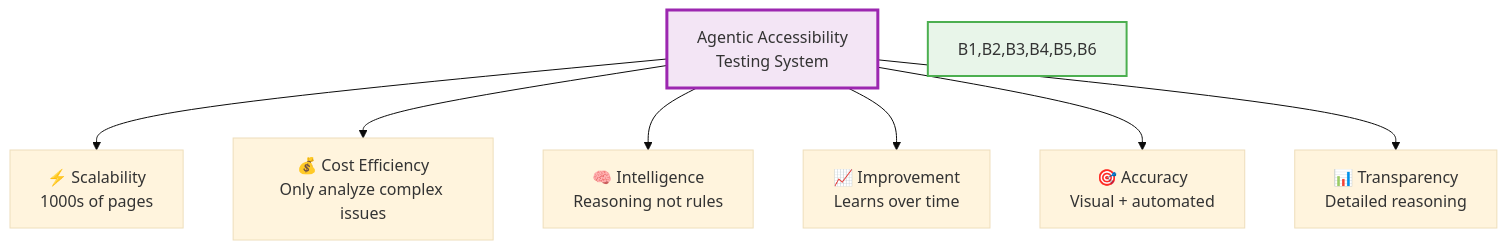
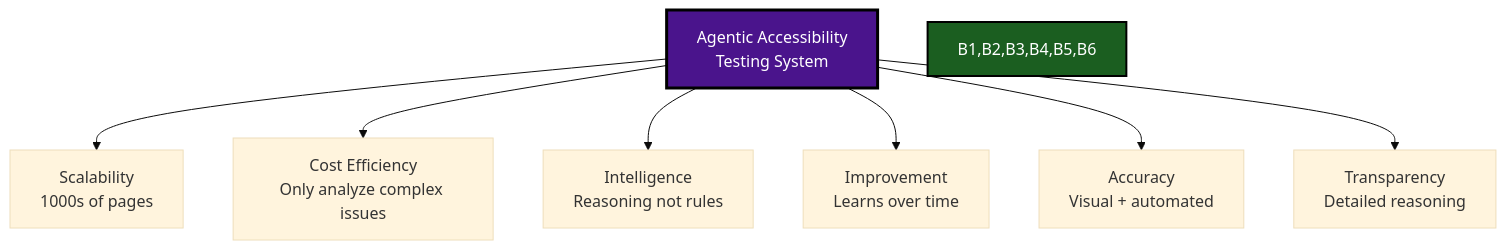
Before and after one commit to NaomiVK/agentic_accessibility_checker: the third of 3 diagrams in WORKFLOW-DIAGRAM.md, drawn with Mermaid (base theme). The commit also changed other lines of this file and 8 other files, not shown here.

Commit message:
updated jest, removed some test files, comprensive flow of wf, diagram of workflow

````diff
--- a/WORKFLOW-DIAGRAM.md
+++ b/WORKFLOW-DIAGRAM.md
@@ -149,12 +135,12 @@
 ```mermaid
 graph TD
-    System["Agentic Accessibility<br/>Testing System"] --> B1["⚡ Scalability<br/>1000s of pages"]
-    System --> B2["💰 Cost Efficiency<br/>Only analyze complex issues"]
-    System --> B3["🧠 Intelligence<br/>Reasoning not rules"]
-    System --> B4["📈 Improvement<br/>Learns over time"]
-    System --> B5["🎯 Accuracy<br/>Visual + automated"]
-    System --> B6["📊 Transparency<br/>Detailed reasoning"]
+    System["Agentic Accessibility<br/>Testing System"] --> B1["Scalability<br/>1000s of pages"]
+    System --> B2["Cost Efficiency<br/>Only analyze complex issues"]
+    System --> B3["Intelligence<br/>Reasoning not rules"]
+    System --> B4["Improvement<br/>Learns over time"]
+    System --> B5["Accuracy<br/>Visual + automated"]
+    System --> B6["Transparency<br/>Detailed reasoning"]
     
-    style System fill:#f3e5f5,stroke:#9c27b0,stroke-width:3px
-    style B1,B2,B3,B4,B5,B6 fill:#e8f5e9,stroke:#4caf50,stroke-width:2px
+    style System fill:#4a148c,stroke:#000,stroke-width:3px,color:#fff
+    style B1,B2,B3,B4,B5,B6 fill:#1b5e20,stroke:#000,stroke-width:2px,color:#fff
 ```
````
